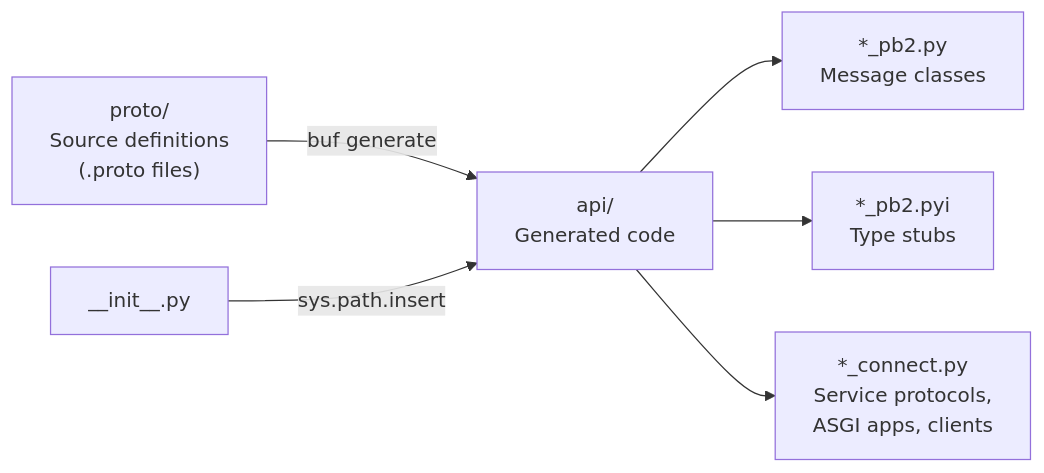
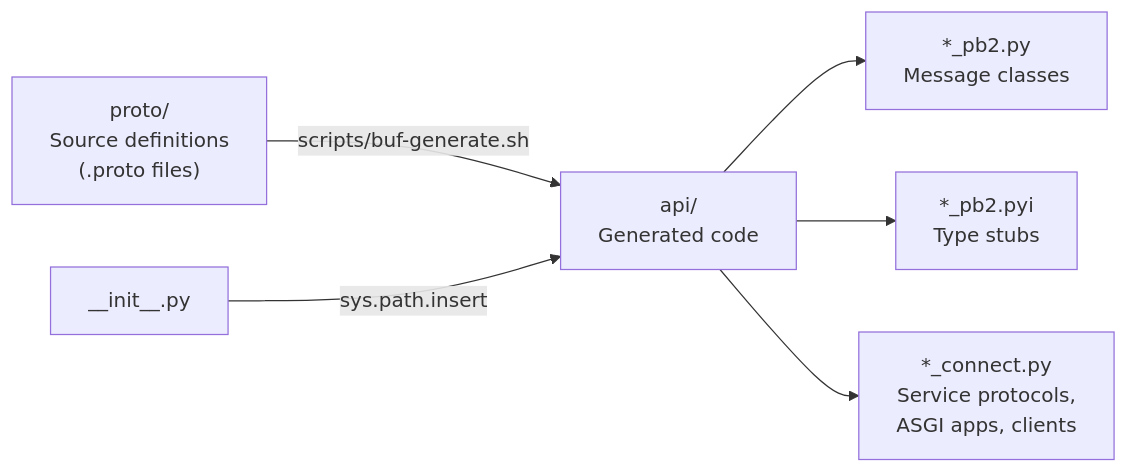
The ninth of 9 diagrams in docs/python/ARCHITECTURE.md (t-0-network/provider-sdk), drawn with Mermaid before and after one commit. The commit also changed other lines of this file and 127 other files, not shown here.

First line of the commit message:
build: generate Node, Python and C# protobuf code instead of committing it (#408)

````diff
--- a/docs/python/ARCHITECTURE.md
+++ b/docs/python/ARCHITECTURE.md
@@ -528,9 +528,9 @@
 ```mermaid
 flowchart LR
-    P["proto/<br/>Source definitions<br/>(.proto files)"] -->|"buf generate"| A["api/<br/>Generated code"]
+    P["proto/<br/>Source definitions<br/>(.proto files)"] -->|"scripts/buf-generate.sh"| A["api/<br/>Generated code"]
     A --> PB["*_pb2.py<br/>Message classes"]
     A --> PBI["*_pb2.pyi<br/>Type stubs"]
     A --> CON["*_connect.py<br/>Service protocols,<br/>ASGI apps, clients"]
 
     INIT["__init__.py"] -->|"sys.path.insert"| A
 ```
````
